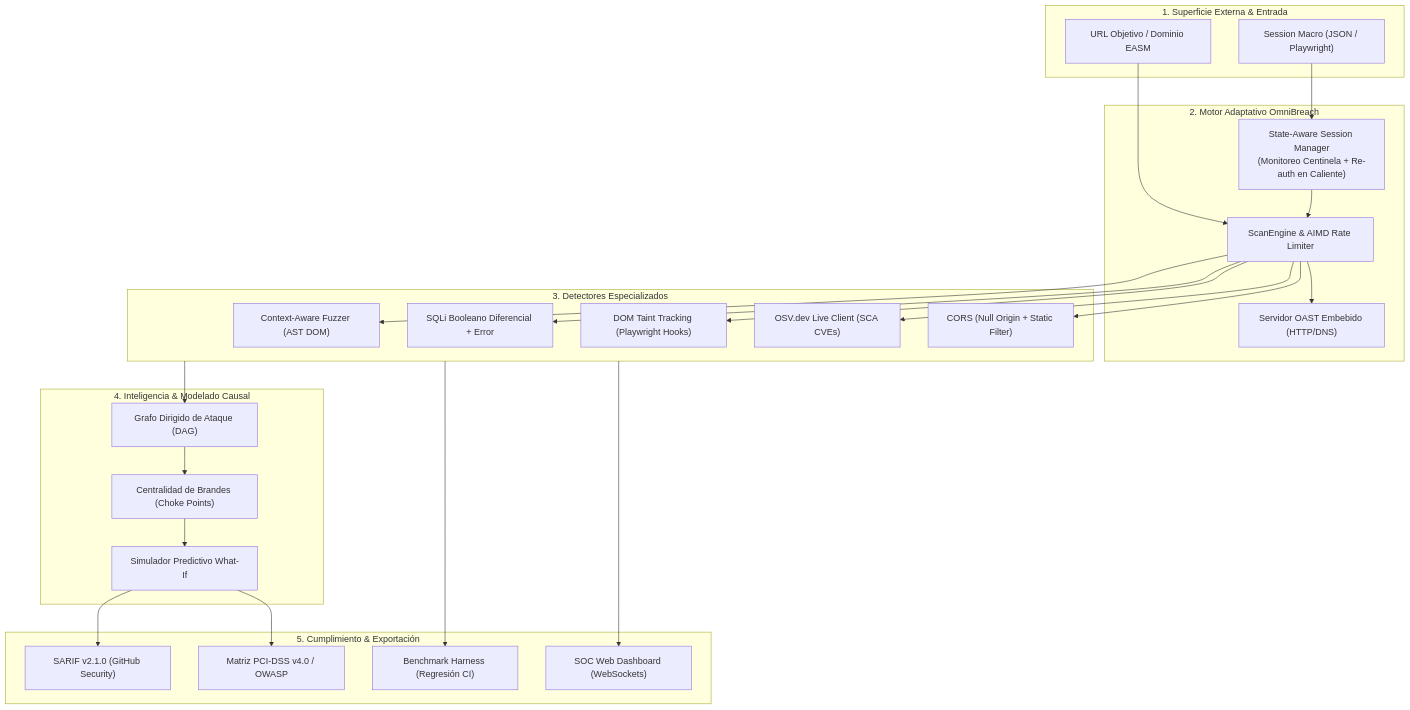
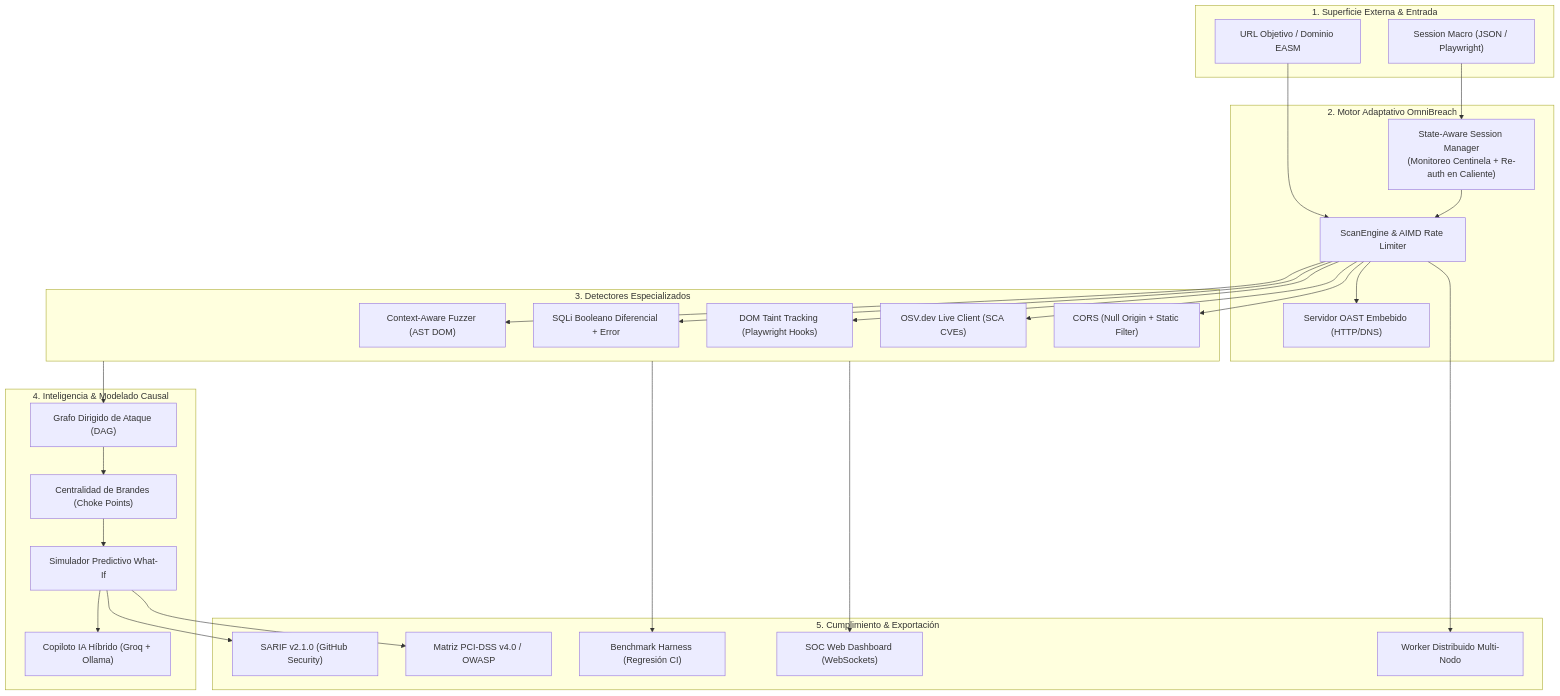
The diagram in README.md (papiwilo74/vulnscanner-v1), drawn with Mermaid before and after one commit. The commit also changed other lines of this file and 12 other files, not shown here.

````diff
--- a/README.md
+++ b/README.md
@@ -52,51 +52,55 @@
 ```mermaid
 graph TD
     subgraph Entrada["1. Superficie Externa & Entrada"]
         Target["URL Objetivo / Dominio EASM"]
         Macro["Session Macro (JSON / Playwright)"]
     end
 
     subgraph Nucleo["2. Motor Adaptativo OmniBreach"]
         Engine["ScanEngine & AIMD Rate Limiter"]
         StateMgr["State-Aware Session Manager<br/>(Monitoreo Centinela + Re-auth en Caliente)"]
         OAST["Servidor OAST Embebido (HTTP/DNS)"]
     end
 
     subgraph Deteccion["3. Detectores Especializados"]
         ContextFuzz["Context-Aware Fuzzer (AST DOM)"]
         SQLi["SQLi Booleano Diferencial + Error"]
         DOMTaint["DOM Taint Tracking (Playwright Hooks)"]
         OSV["OSV.dev Live Client (SCA CVEs)"]
         CORS["CORS (Null Origin + Static Filter)"]
     end
 
     subgraph Correlacion["4. Inteligencia & Modelado Causal"]
         DAG["Grafo Dirigido de Ataque (DAG)"]
         Brandes["Centralidad de Brandes (Choke Points)"]
         WhatIf["Simulador Predictivo What-If"]
+        AICopilot["Copiloto IA Híbrido (Groq + Ollama)"]
     end
 
     subgraph Salidas["5. Cumplimiento & Exportación"]
         SARIF["SARIF v2.1.0 (GitHub Security)"]
         PCIDSS["Matriz PCI-DSS v4.0 / OWASP"]
         Bench["Benchmark Harness (Regresión CI)"]
         Dashboard["SOC Web Dashboard (WebSockets)"]
+        Worker["Worker Distribuido Multi-Nodo"]
     end
 
     Target --> Engine
     Macro --> StateMgr
     StateMgr --> Engine
     Engine --> ContextFuzz
     Engine --> SQLi
     Engine --> DOMTaint
     Engine --> OSV
     Engine --> CORS
     Engine --> OAST
     Deteccion --> DAG
     DAG --> Brandes
     Brandes --> WhatIf
+    WhatIf --> AICopilot
     WhatIf --> SARIF
     WhatIf --> PCIDSS
     Deteccion --> Bench
     Deteccion --> Dashboard
+    Engine --> Worker
 ```
````
